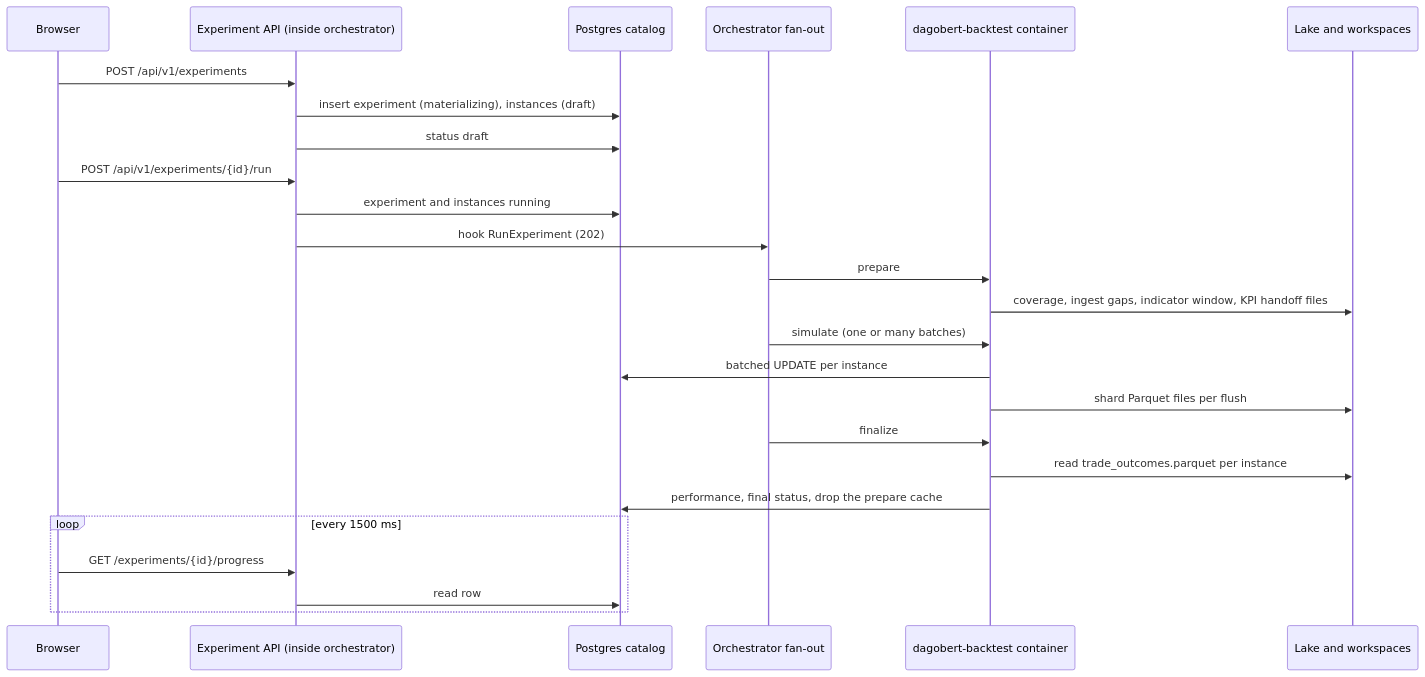
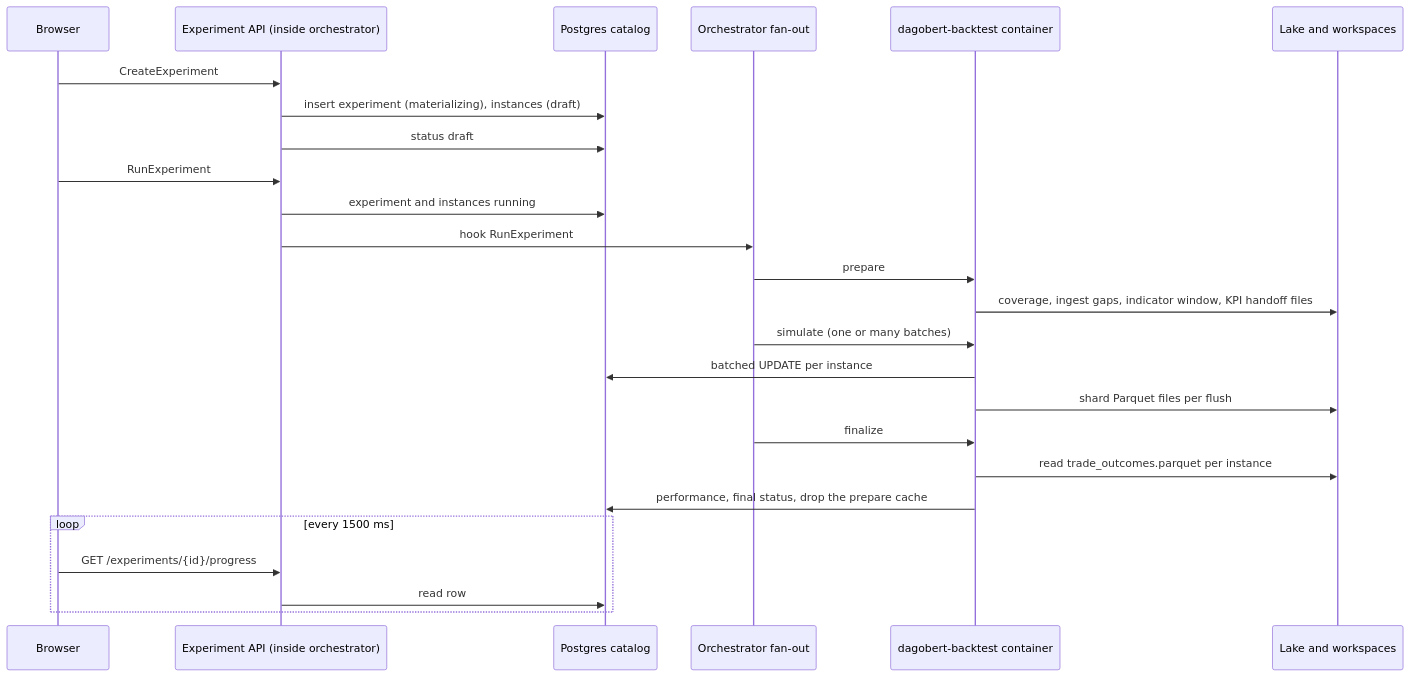
The first of 4 diagrams in docs/architecture/experiment-data-flow.md (MaxBernstetter/dagobert), drawn with Mermaid before and after one commit. The commit also changed other lines of this file and 52 other files, not shown here.

Commit message:
Serve the Experiment API as a Connect-RPC ExperimentService

````diff
--- a/docs/architecture/experiment-data-flow.md
+++ b/docs/architecture/experiment-data-flow.md
@@ -10,27 +10,27 @@
 ```mermaid
 sequenceDiagram
     participant B as Browser
     participant A as Experiment API (inside orchestrator)
     participant P as Postgres catalog
     participant O as Orchestrator fan-out
     participant W as dagobert-backtest container
     participant L as Lake and workspaces
-    B->>A: POST /api/v1/experiments
+    B->>A: CreateExperiment
     A->>P: insert experiment (materializing), instances (draft)
     A->>P: status draft
-    B->>A: POST /api/v1/experiments/{id}/run
+    B->>A: RunExperiment
     A->>P: experiment and instances running
-    A->>O: hook RunExperiment (202)
+    A->>O: hook RunExperiment
     O->>W: prepare
     W->>L: coverage, ingest gaps, indicator window, KPI handoff files
     O->>W: simulate (one or many batches)
     W->>P: batched UPDATE per instance
     W->>L: shard Parquet files per flush
     O->>W: finalize
     W->>L: read trade_outcomes.parquet per instance
     W->>P: performance, final status, drop the prepare cache
     loop every 1500 ms
         B->>A: GET /experiments/{id}/progress
         A->>P: read row
     end
 ```
````
